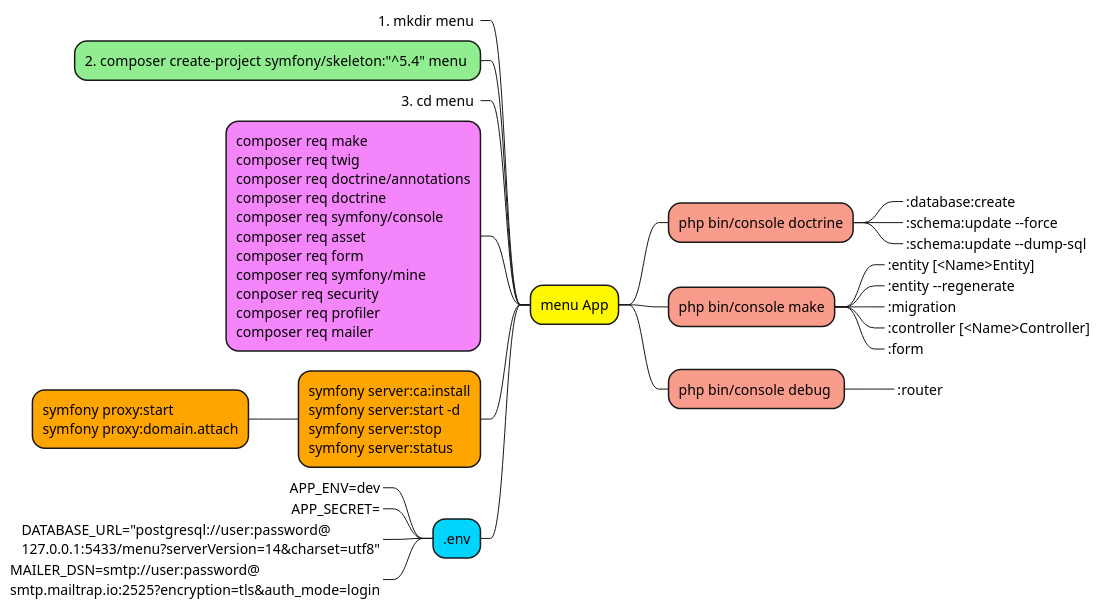
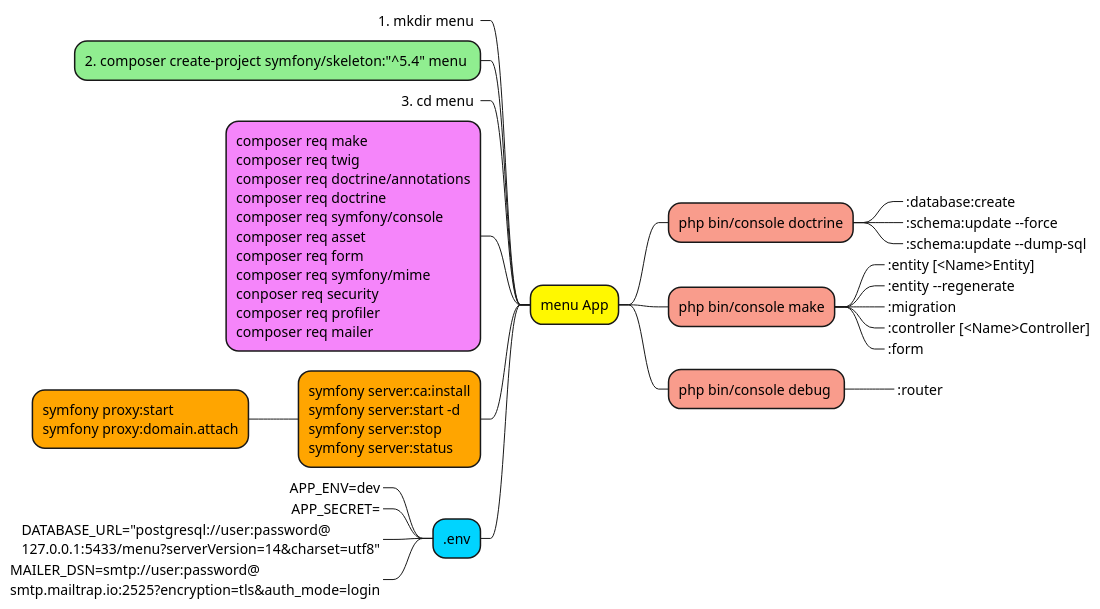
The diagram in public/doc/MMD.plantuml (tonisun/menu), drawn with PlantUML before and after one commit. The commit also changed 1 other file, not shown here.

```diff
--- a/public/doc/MMD.plantuml
+++ b/public/doc/MMD.plantuml
@@ -2,56 +2,56 @@
 @startmindmap
 <style>
 mindmapDiagram {
   .grass {
     BackgroundColor #09d740
   }
   .blau {
     BackgroundColor #00d4ff
   }
   .orange {
     BackgroundColor orange
   }
   .green {
     BackgroundColor lightgreen
   }
   .rose {
     BackgroundColor #f585fa
   }
   .gelb {
     BackgroundColor #fff800
   }
   .bege {
     BackgroundColor #f99c8c
   }
 
 }
 </style>
 + menu App<<gelb>>
 --_ 1. mkdir menu 
 -- 2. composer create-project symfony/skeleton:"^5.4" menu <<green>> 
 --_ 3. cd menu <<green>>
--- composer req make\ncomposer req twig\ncomposer req doctrine/annotations\ncomposer req doctrine\ncomposer req symfony/console\ncomposer req asset\ncomposer req form\ncomposer req symfony/mine\nconposer req security\ncomposer req profiler\ncomposer req mailer<<rose>>
+-- composer req make\ncomposer req twig\ncomposer req doctrine/annotations\ncomposer req doctrine\ncomposer req symfony/console\ncomposer req asset\ncomposer req form\ncomposer req symfony/mime\nconposer req security\ncomposer req profiler\ncomposer req mailer<<rose>>
 -- symfony server:ca:install\nsymfony server:start -d\nsymfony server:stop\nsymfony server:status<<orange>>
 --- symfony proxy:start\nsymfony proxy:domain.attach<<orange>>
 -- .env<<blau>>
 ---_ APP_ENV=dev
 ---_ APP_SECRET=
 ---_ DATABASE_URL="postgresql://user:password@\n127.0.0.1:5433/menu?serverVersion=14&charset=utf8"
 ---_ MAILER_DSN=smtp://user:password@\nsmtp.mailtrap.io:2525?encryption=tls&auth_mode=login
 
 ++ php bin/console doctrine<<bege>>
 +++_ :database:create
 +++_ :schema:update --force
 +++_ :schema:update --dump-sql
 
 ++ php bin/console make<<bege>>
 +++_ :entity [<Name>Entity]
 +++_ :entity --regenerate
 +++_ :migration
 +++_ :controller [<Name>Controller]
 +++_ :form
 
 ++ php bin/console debug <<bege>>
 +++_ :router
 
 @endmindmap
```
